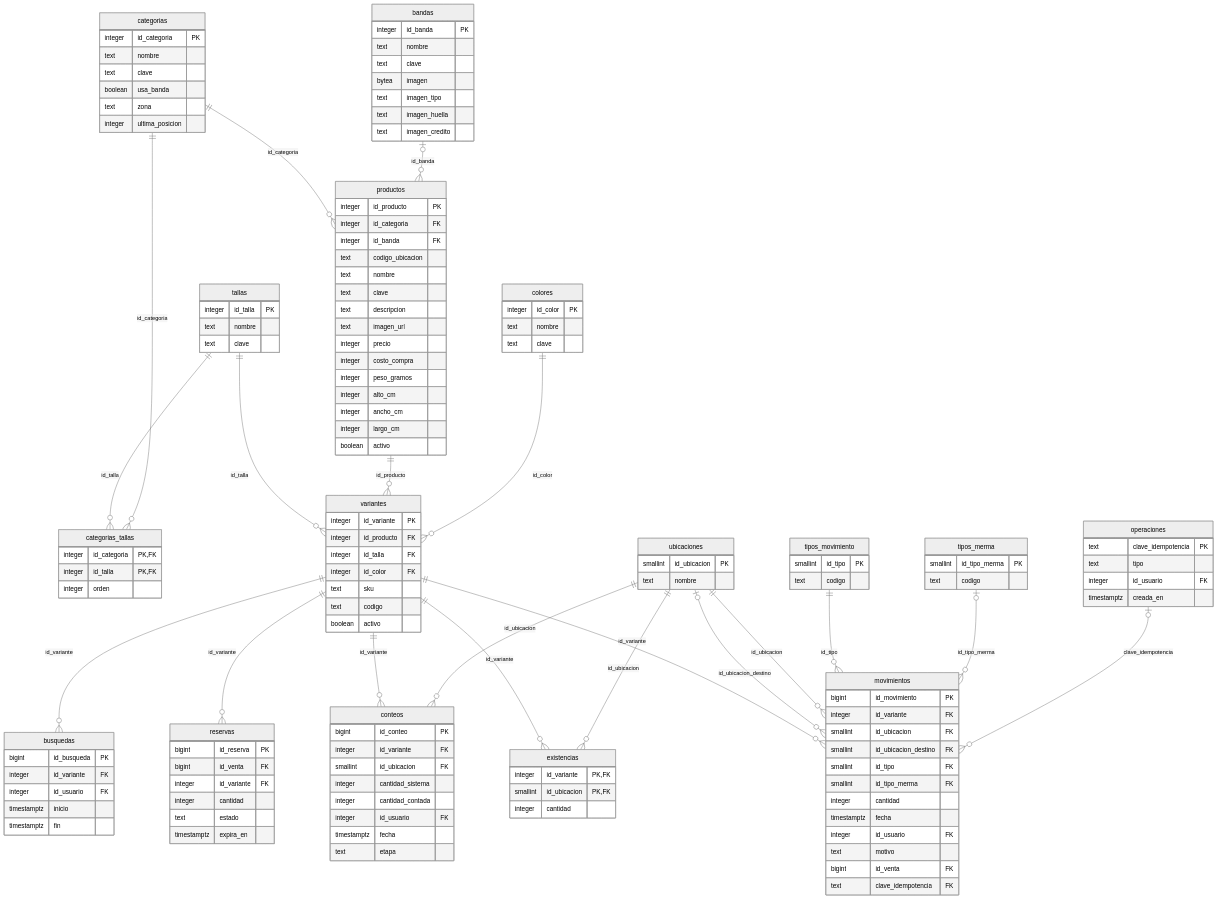
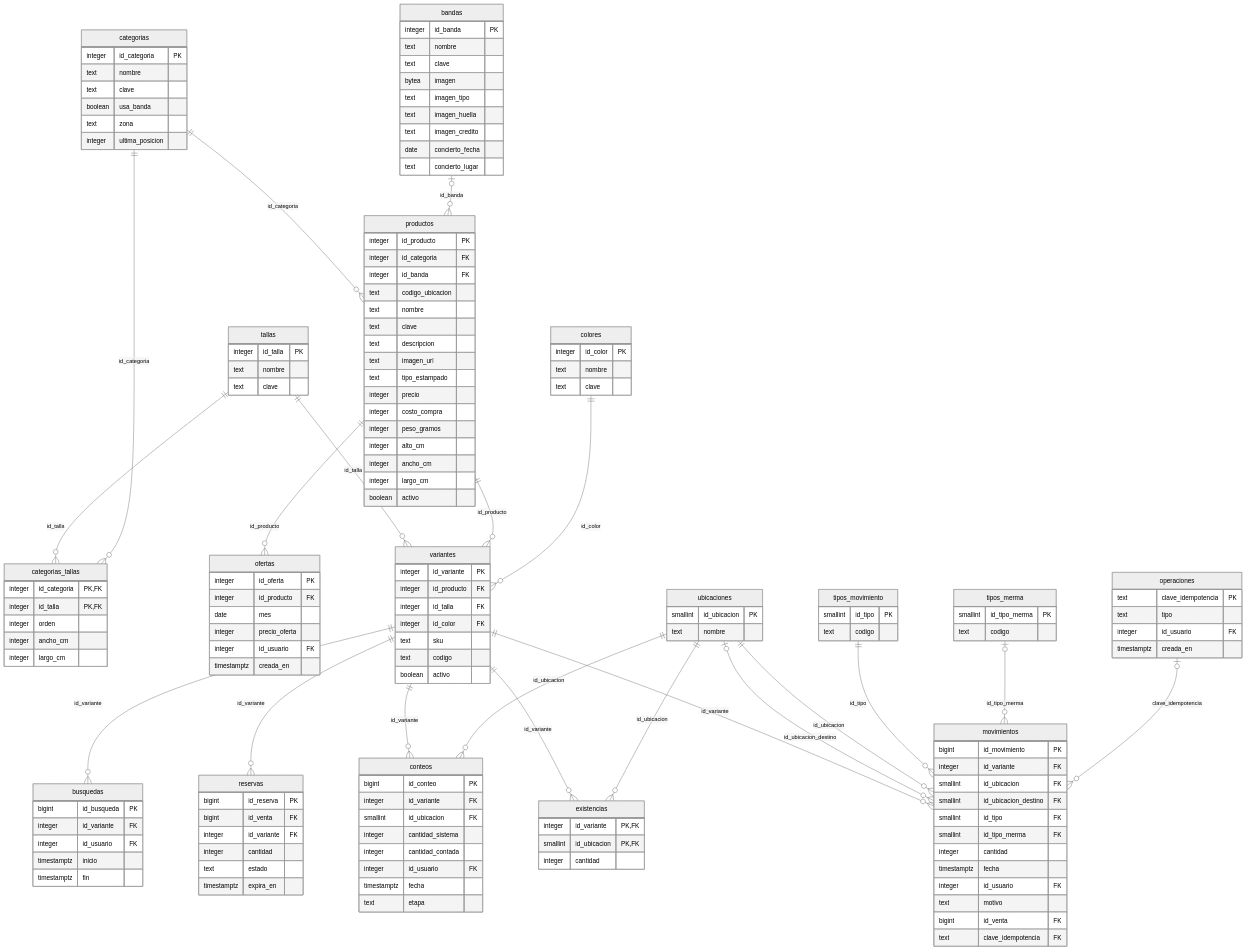
Before and after one commit to elsktr/CAPSTONE-PROYECTO-TITULO: the second of 6 diagrams in Fase 2/Proyectos/App-mobile-docker-backend/docs/modelo-datos.md, drawn with Mermaid (neutral theme). The commit also changed other lines of this file and 158 other files, not shown here.

```diff
--- a/Fase 2/Proyectos/App-mobile-docker-backend/docs/modelo-datos.md
+++ b/Fase 2/Proyectos/App-mobile-docker-backend/docs/modelo-datos.md
@@ -164,6 +171,8 @@
     text imagen_tipo
     text imagen_huella
     text imagen_credito
+    date concierto_fecha
+    text concierto_lugar
   }
   busquedas {
     bigint id_busqueda PK
@@ -184,6 +193,8 @@
     integer id_categoria PK, FK
     integer id_talla PK, FK
     integer orden
+    integer ancho_cm
+    integer largo_cm
   }
   colores {
     integer id_color PK
@@ -219,6 +230,14 @@
     bigint id_venta FK
     text clave_idempotencia FK
   }
+  ofertas {
+    integer id_oferta PK
+    integer id_producto FK
+    date mes
+    integer precio_oferta
+    integer id_usuario FK
+    timestamptz creada_en
+  }
   operaciones {
     text clave_idempotencia PK
     text tipo
@@ -234,6 +253,7 @@
     text clave
     text descripcion
     text imagen_url
+    text tipo_estampado
     integer precio
     integer costo_compra
     integer peso_gramos
@@ -289,6 +309,7 @@
   ubicaciones ||--o{ movimientos : "id_ubicacion"
   ubicaciones |o--o{ movimientos : "id_ubicacion_destino"
   variantes ||--o{ movimientos : "id_variante"
+  productos ||--o{ ofertas : "id_producto"
   bandas |o--o{ productos : "id_banda"
   categorias ||--o{ productos : "id_categoria"
   variantes ||--o{ reservas : "id_variante"
```
